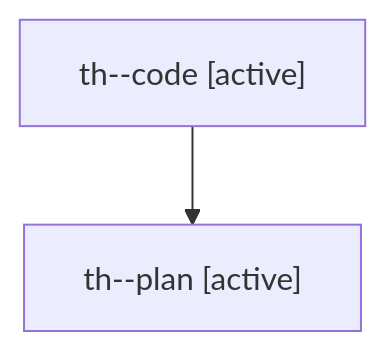
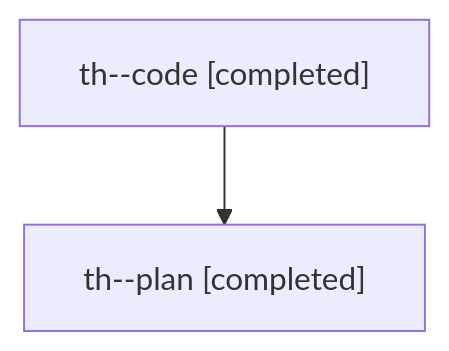
Before and after one commit to sase-org/sase--agents: the diagram in families/bbugyi200.athena.th.md, drawn with Mermaid. The commit also changed other lines of this file and 1220 other files, not shown here.

````diff
--- a/families/bbugyi200.athena.th.md
+++ b/families/bbugyi200.athena.th.md
@@ -9,6 +9,6 @@
 ```mermaid
 flowchart TD
-  n0["th--code [active]"]
-  n1["th--plan [active]"]
+  n0["th--code [completed]"]
+  n1["th--plan [completed]"]
   n0 --> n1
 ```
````
